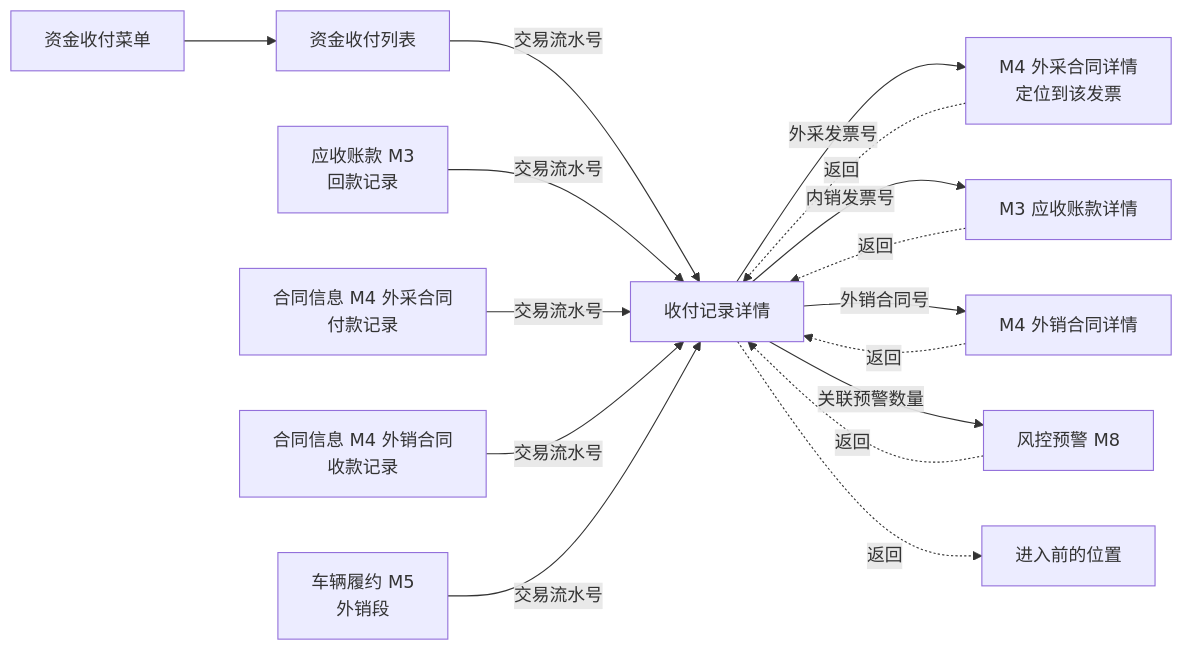
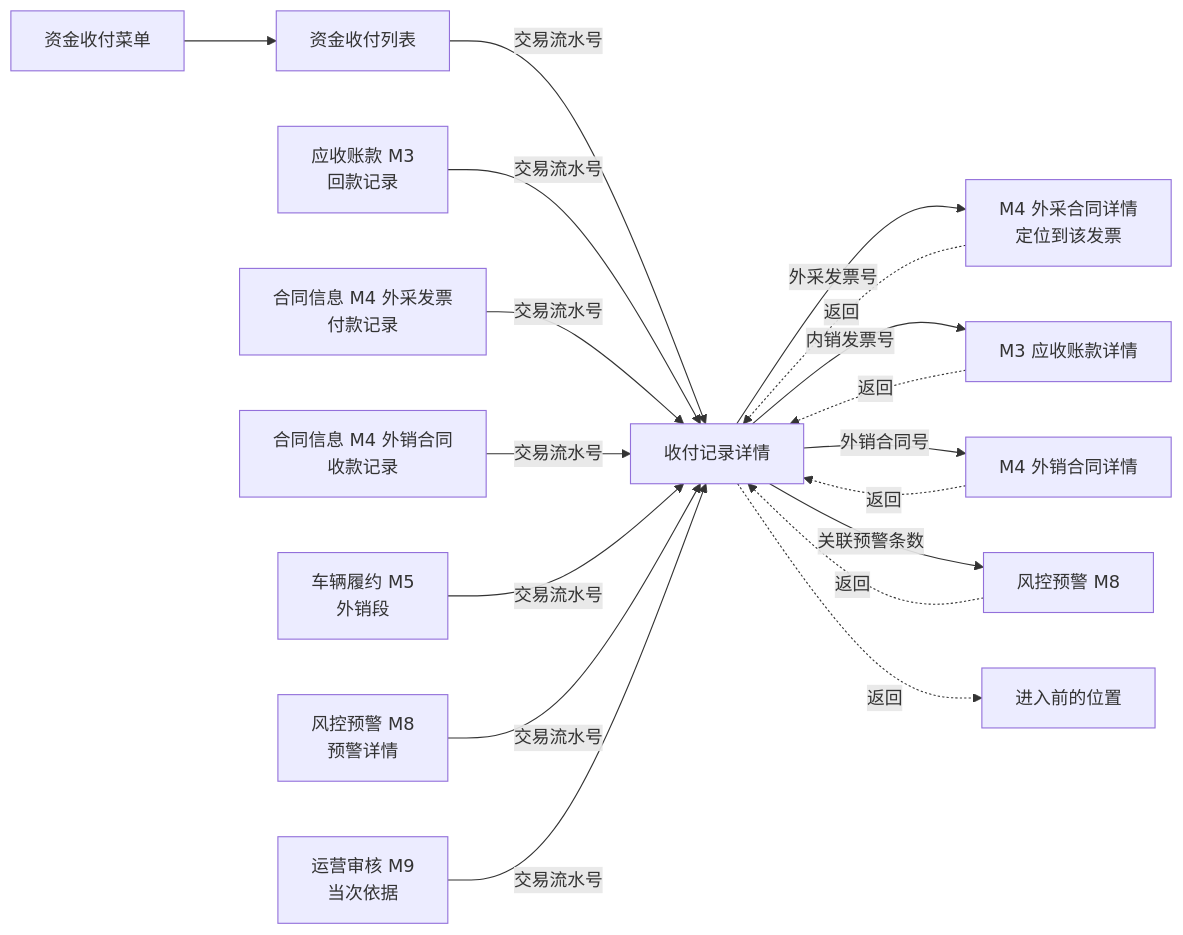
Before and after one commit to wxblockchain/Chain-Financing: the second of 3 diagrams in asset-trust-platform/PRD/运营端/M14-资金收付/02-资金收付-流程图与状态机.md, drawn with Mermaid. The commit also changed other lines of this file and 3 other files, not shown here.

````diff
--- a/asset-trust-platform/PRD/运营端/M14-资金收付/02-资金收付-流程图与状态机.md
+++ b/asset-trust-platform/PRD/运营端/M14-资金收付/02-资金收付-流程图与状态机.md
@@ -38,18 +40,20 @@
 ```mermaid
 flowchart LR
     MENU[资金收付菜单] --> LIST[资金收付列表]
     LIST -->|交易流水号| D[收付记录详情]
     M3[应收账款 M3<br/>回款记录] -->|交易流水号| D
-    M4P[合同信息 M4 外采合同<br/>付款记录] -->|交易流水号| D
+    M4P[合同信息 M4 外采发票<br/>付款记录] -->|交易流水号| D
     M4S[合同信息 M4 外销合同<br/>收款记录] -->|交易流水号| D
     M5[车辆履约 M5<br/>外销段] -->|交易流水号| D
+    M8D[风控预警 M8<br/>预警详情] -->|交易流水号| D
+    M9D[运营审核 M9<br/>当次依据] -->|交易流水号| D
     D -->|外采发票号| T1[M4 外采合同详情<br/>定位到该发票]
     D -->|内销发票号| T2[M3 应收账款详情]
     D -->|外销合同号| T3[M4 外销合同详情]
-    D -->|关联预警数量| T4[风控预警 M8]
+    D -->|关联预警条数| T4[风控预警 M8]
     T1 -.返回.-> D
     T2 -.返回.-> D
     T3 -.返回.-> D
     T4 -.返回.-> D
     D -.返回.-> SRC[进入前的位置]
 ```
````
